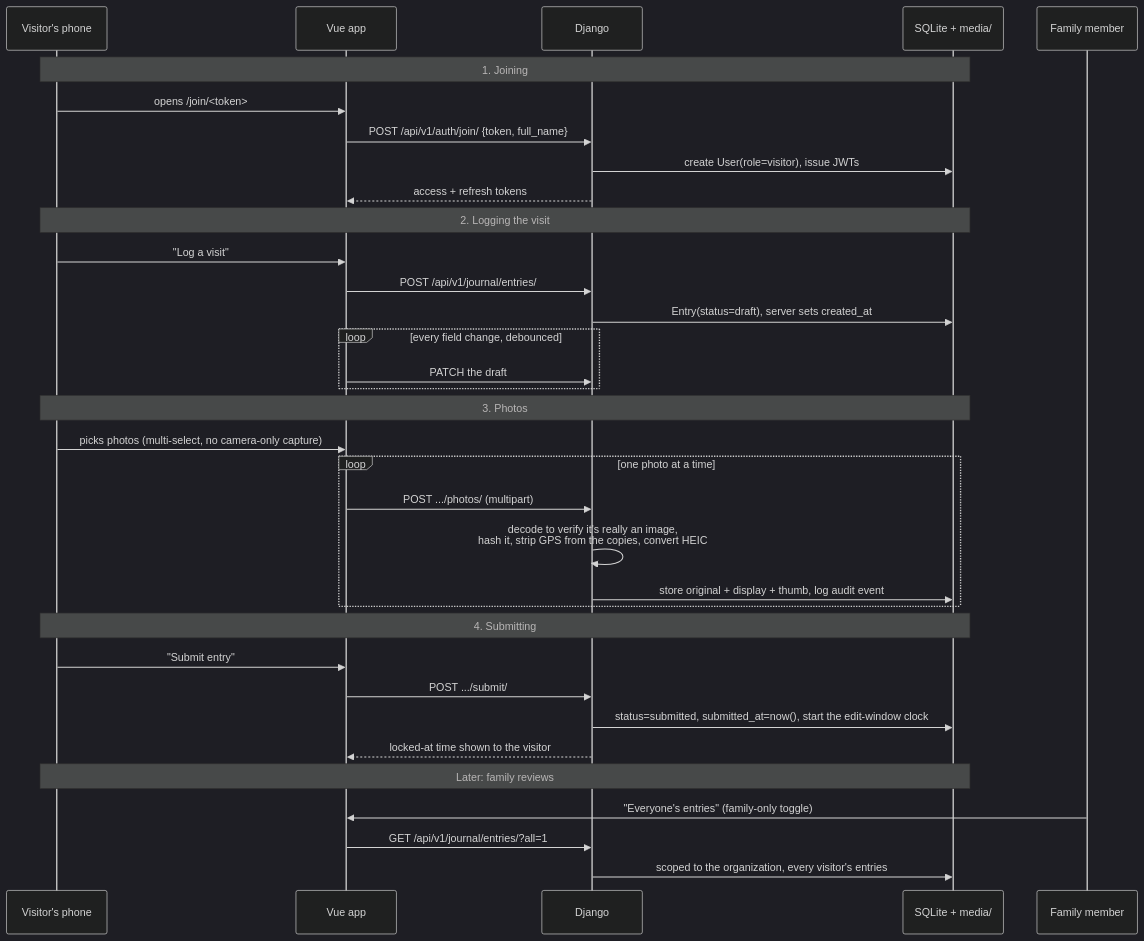
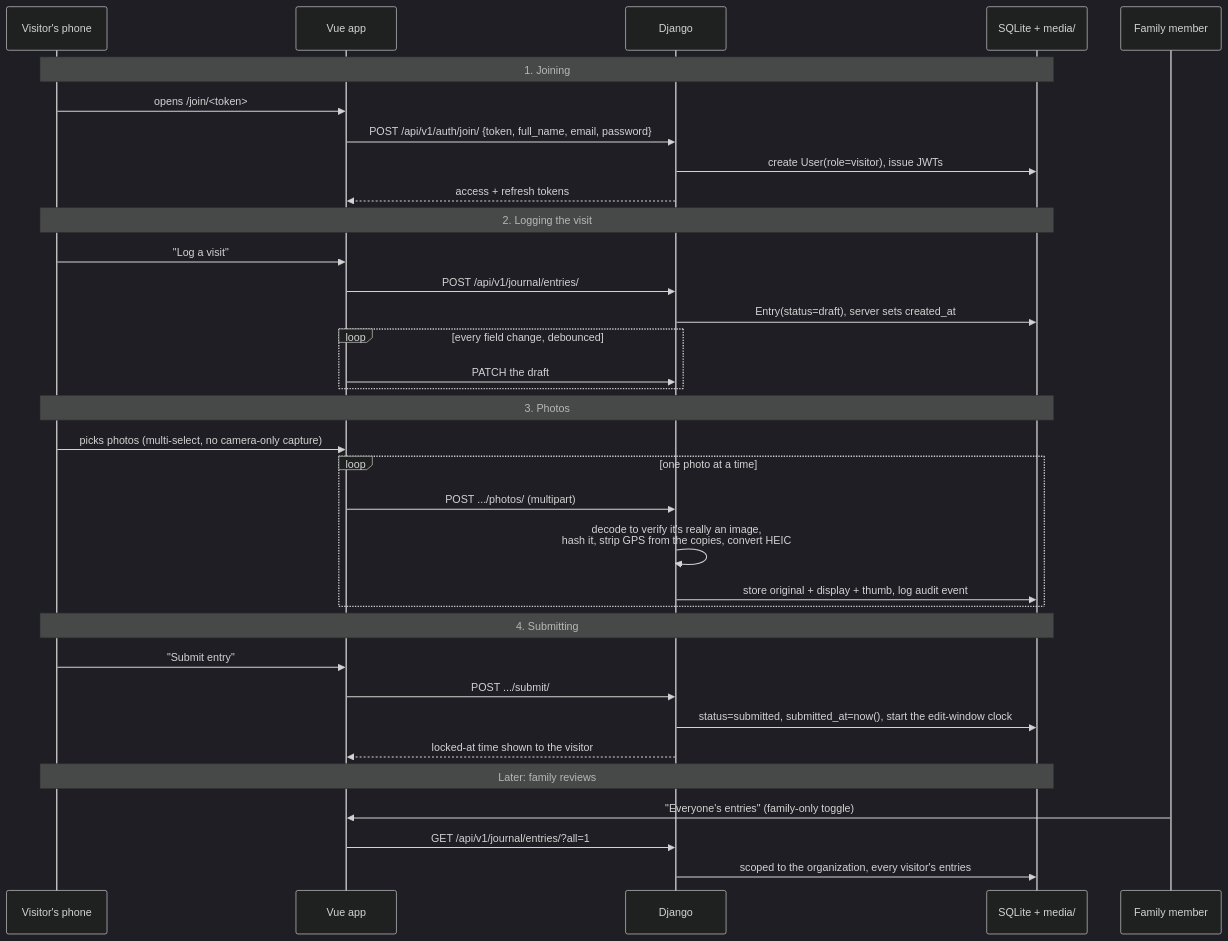
One commit to barkbarkgoose/travis changed the second of 2 diagrams in README.md. Above: the diagram before and after it, drawn with Mermaid (dark theme). The commit also changed other lines of this file and 25 other files, not shown here.

````diff
--- a/README.md
+++ b/README.md
@@ -147,41 +155,41 @@
 ```mermaid
 sequenceDiagram
     participant V as Visitor's phone
     participant Vue as Vue app
     participant DJ as Django
     participant DB as SQLite + media/
 
     Note over V,DB: 1. Joining
     V->>Vue: opens /join/<token>
-    Vue->>DJ: POST /api/v1/auth/join/ {token, full_name}
+    Vue->>DJ: POST /api/v1/auth/join/ {token, full_name, email, password}
     DJ->>DB: create User(role=visitor), issue JWTs
     DJ-->>Vue: access + refresh tokens
 
     Note over V,DB: 2. Logging the visit
     V->>Vue: "Log a visit"
     Vue->>DJ: POST /api/v1/journal/entries/
     DJ->>DB: Entry(status=draft), server sets created_at
     loop every field change, debounced
         Vue->>DJ: PATCH the draft
     end
 
     Note over V,DB: 3. Photos
     V->>Vue: picks photos (multi-select, no camera-only capture)
     loop one photo at a time
         Vue->>DJ: POST .../photos/  (multipart)
         DJ->>DJ: decode to verify it's really an image,<br/>hash it, strip GPS from the copies, convert HEIC
         DJ->>DB: store original + display + thumb, log audit event
     end
 
     Note over V,DB: 4. Submitting
     V->>Vue: "Submit entry"
     Vue->>DJ: POST .../submit/
     DJ->>DB: status=submitted, submitted_at=now(), start the edit-window clock
     DJ-->>Vue: locked-at time shown to the visitor
 
     Note over V,DB: Later: family reviews
     participant F as Family member
     F->>Vue: "Everyone's entries" (family-only toggle)
     Vue->>DJ: GET /api/v1/journal/entries/?all=1
     DJ->>DB: scoped to the organization, every visitor's entries
 ```
````
